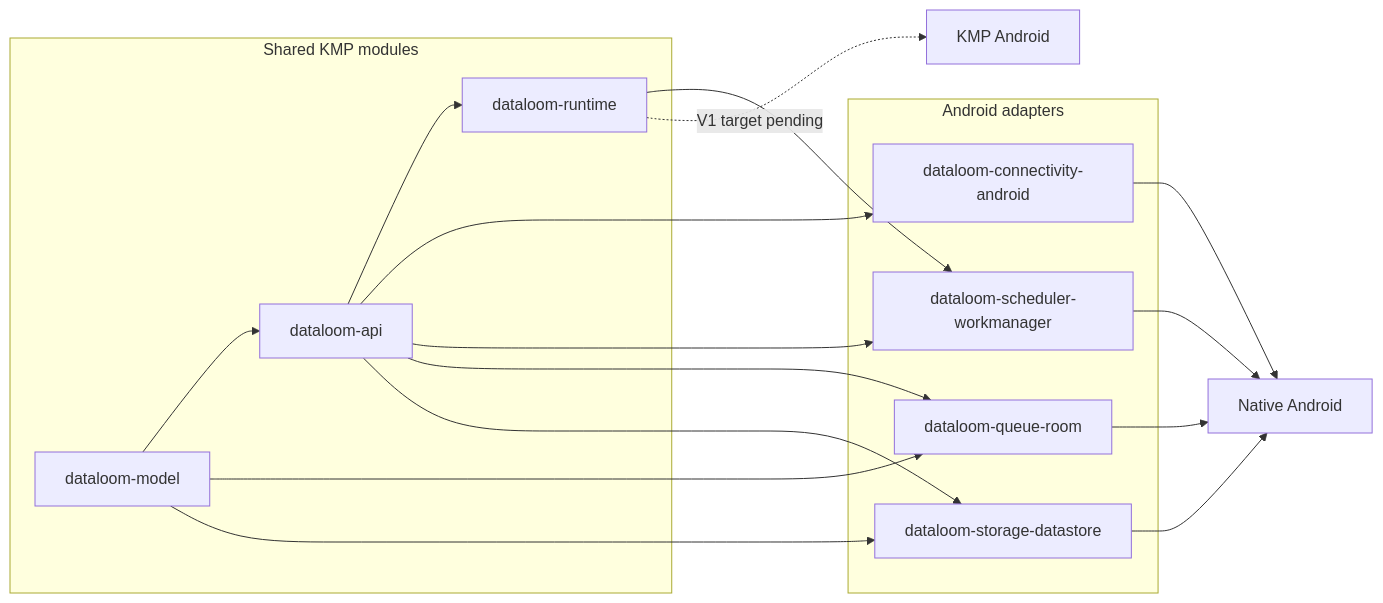
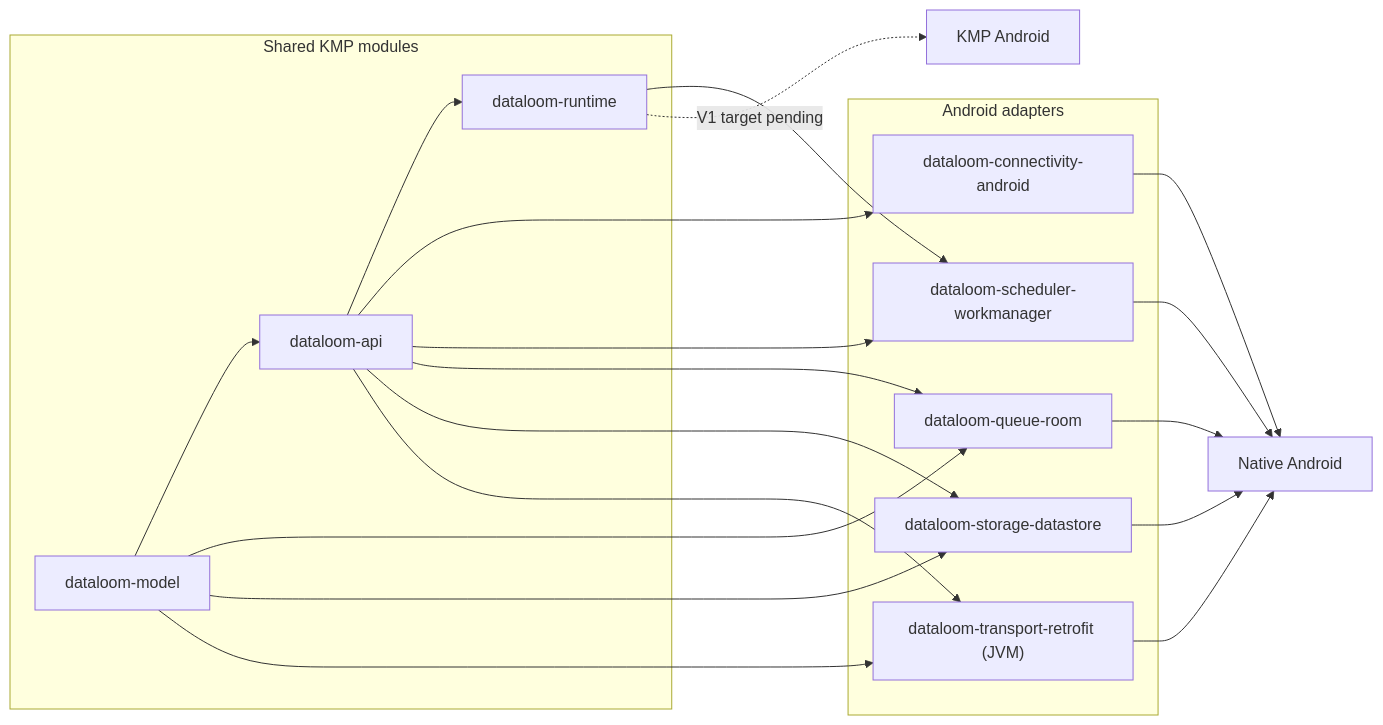
Before and after one commit to dataloom-sdk/dataloom: the diagram in docs/android/README.md, drawn with Mermaid. The commit also changed other lines of this file and 8 other files, not shown here.

First line of the commit message:
Add optional JVM Retrofit TransportProvider reference module (#227)

````diff
--- a/docs/android/README.md
+++ b/docs/android/README.md
@@ -38,32 +39,36 @@
 ```mermaid
 flowchart LR
     subgraph sharedModules["Shared KMP modules"]
         model["dataloom-model"]
         api["dataloom-api"]
         runtime["dataloom-runtime"]
         model --> api
         api --> runtime
     end
 
     subgraph androidAdapters["Android adapters"]
         connectivity["dataloom-connectivity-android"]
         scheduler["dataloom-scheduler-workmanager"]
         persistence["dataloom-queue-room"]
         datastoreStorage["dataloom-storage-datastore"]
+        retrofitTransport["dataloom-transport-retrofit (JVM)"]
     end
 
     model --> persistence
     model --> datastoreStorage
+    model --> retrofitTransport
     api --> connectivity
     api --> scheduler
     api --> persistence
     api --> datastoreStorage
+    api --> retrofitTransport
     runtime --> scheduler
 
     connectivity --> nativeApp["Native Android"]
     scheduler --> nativeApp
     persistence --> nativeApp
     datastoreStorage --> nativeApp
+    retrofitTransport --> nativeApp
 
     runtime -.->|"V1 target pending"| kmpApp["KMP Android"]
 ```
````
